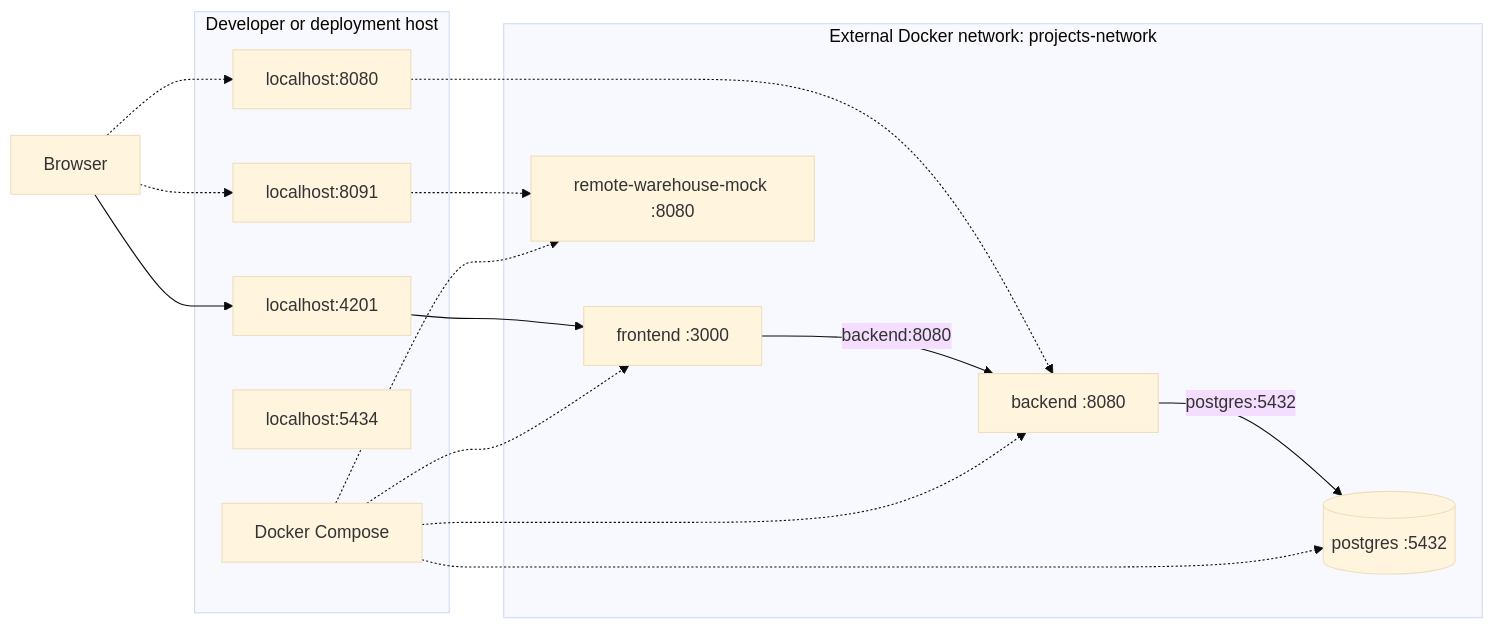
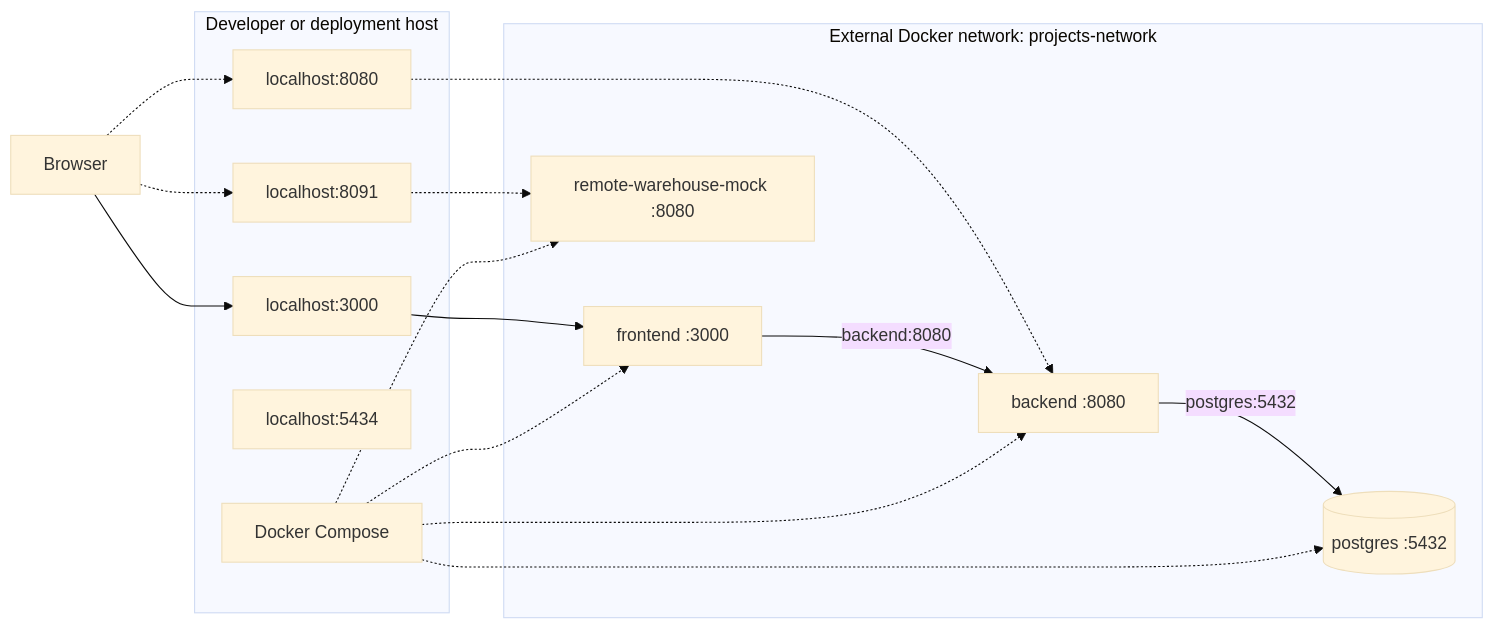
The second of 2 diagrams in ARCHITECTURE.md (vitasmir/ERP), drawn with Mermaid (base theme) before and after one commit. The commit also changed other lines of this file and 106 other files, not shown here.

````diff
--- a/ARCHITECTURE.md
+++ b/ARCHITECTURE.md
@@ -91,29 +94,29 @@
 ```mermaid
 flowchart LR
     browser["Browser"]
 
     subgraph host["Developer or deployment host"]
         compose["Docker Compose"]
-        frontendPort["localhost:4201"]
+        frontendPort["localhost:3000"]
         backendPort["localhost:8080"]
         postgresPort["localhost:5434"]
         warehousePort["localhost:8091"]
     end
 
     subgraph network["External Docker network: projects-network"]
         frontend["frontend :3000"]
         backend["backend :8080"]
         postgres[("postgres :5432")]
         warehouse["remote-warehouse-mock :8080"]
     end
 
     browser --> frontendPort --> frontend
     browser -.-> backendPort -.-> backend
     browser -.-> warehousePort -.-> warehouse
     frontend -->|"backend:8080"| backend
     backend -->|"postgres:5432"| postgres
     compose -.-> frontend
     compose -.-> backend
     compose -.-> postgres
     compose -.-> warehouse
 ```
````
